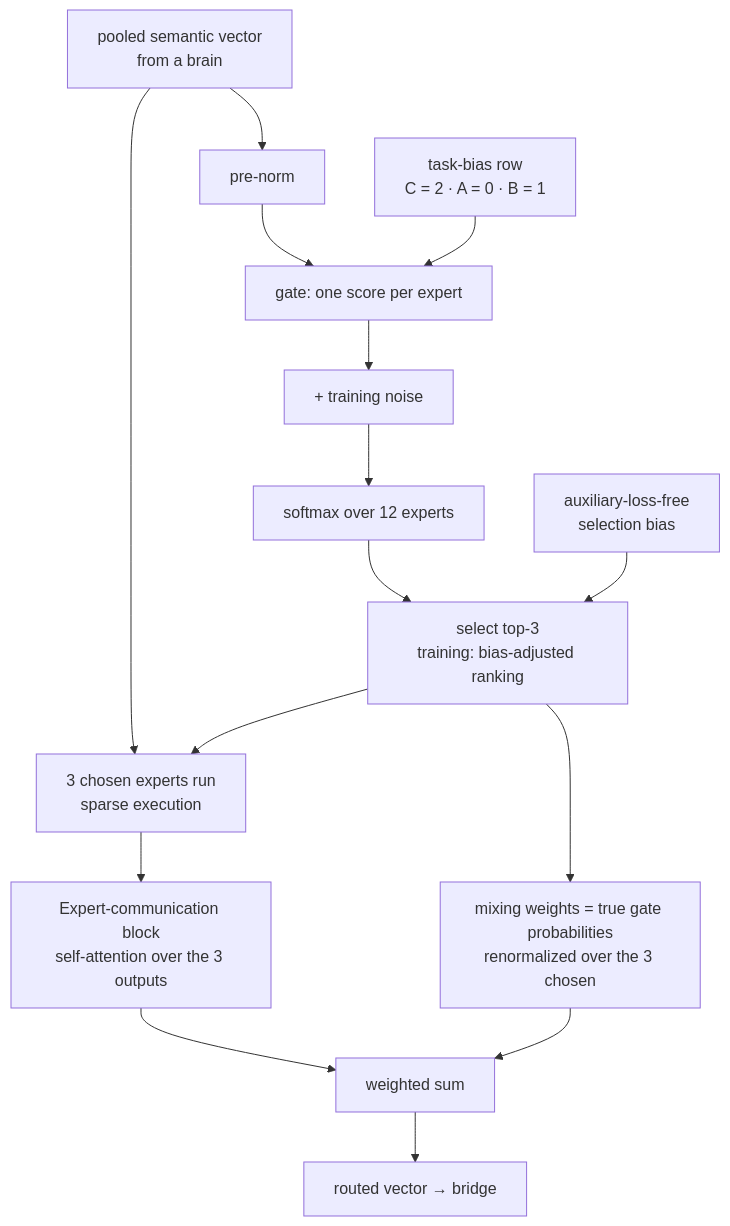
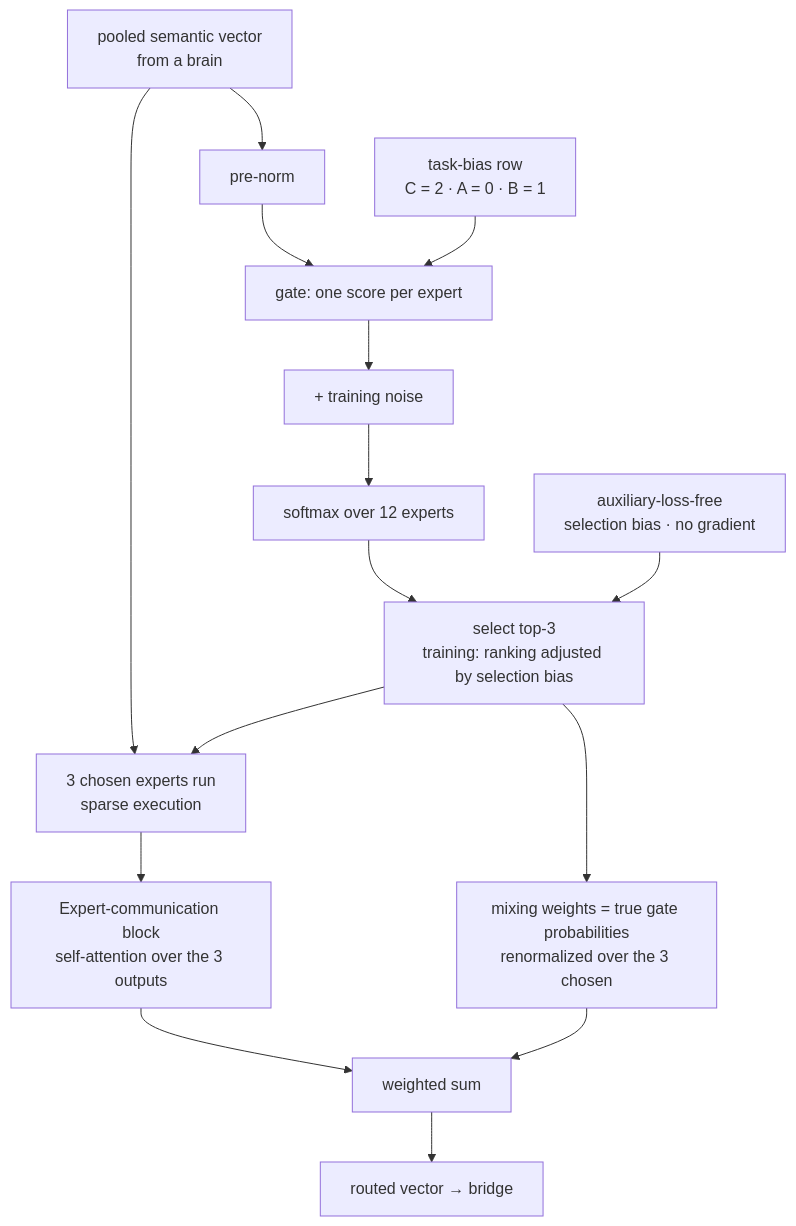
The fourth of 5 diagrams in README.md (FWKTechnologies/CodeMind-Code-Intelligence), drawn with Mermaid before and after one commit. The commit also changed other lines of this file, not shown here.

````diff
--- a/README.md
+++ b/README.md
@@ -364,17 +397,17 @@
 ```mermaid
 flowchart TB
     X[pooled semantic vector<br/>from a brain] --> N[pre-norm]
     N --> G[gate: one score per expert]
     TB[task-bias row<br/>C = 2 · A = 0 · B = 1] --> G
     G --> NS[+ training noise]
     NS --> SM[softmax over 12 experts]
-    SM --> SEL[select top-3<br/>training: bias-adjusted ranking]
-    RB[auxiliary-loss-free<br/>selection bias] --> SEL
+    SM --> SEL[select top-3<br/>training: ranking adjusted by selection bias]
+    RB[auxiliary-loss-free<br/>selection bias · no gradient] --> SEL
     SEL --> RW[mixing weights = true gate probabilities<br/>renormalized over the 3 chosen]
     X --> E[3 chosen experts run<br/>sparse execution]
     SEL --> E
     E --> COM[Expert-communication block<br/>self-attention over the 3 outputs]
     COM --> MIX[weighted sum]
     RW --> MIX
     MIX --> OUT[routed vector → bridge]
 ```
````
